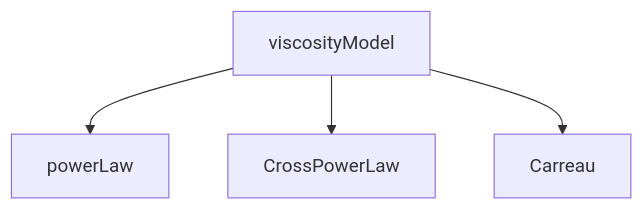
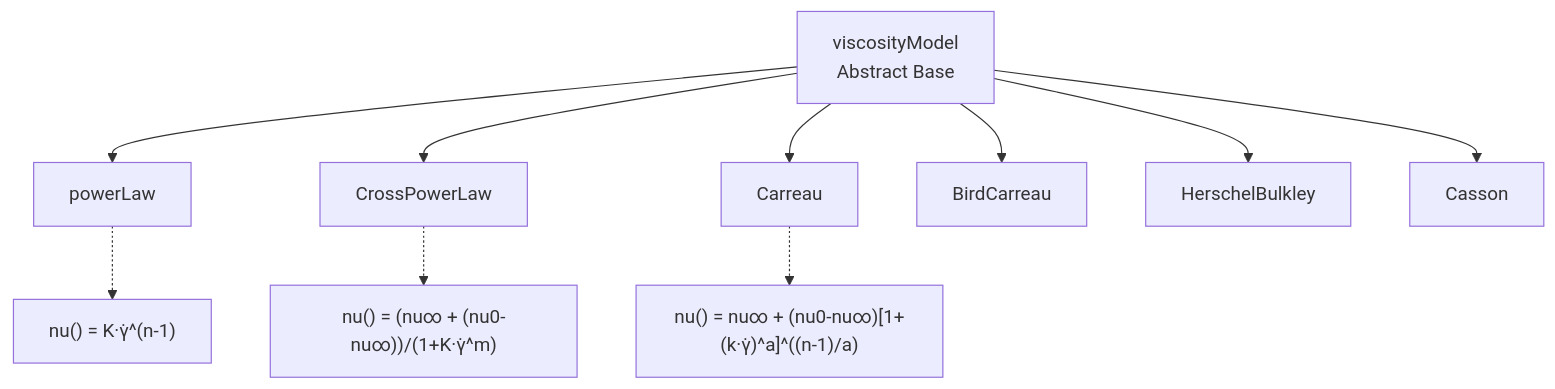
One commit to wramet/build-my-cfd changed the diagram in MODULE_06_ADVANCED_PHYSICS/CONTENT/04_NON_NEWTONIAN_FLUIDS/03_OpenFOAM_Architecture.md. Above: the diagram before and after it, drawn with Mermaid. The commit also changed other lines of this file and 107 other files, not shown here.

````diff
--- a/MODULE_06_ADVANCED_PHYSICS/CONTENT/04_NON_NEWTONIAN_FLUIDS/03_OpenFOAM_Architecture.md
+++ b/MODULE_06_ADVANCED_PHYSICS/CONTENT/04_NON_NEWTONIAN_FLUIDS/03_OpenFOAM_Architecture.md
@@ -15,6 +114,13 @@
 ```mermaid
 flowchart TD
-    A[viscosityModel] --> B[powerLaw]
+    A[viscosityModel<br/>Abstract Base] --> B[powerLaw]
     A --> C[CrossPowerLaw]
     A --> D[Carreau]
+    A --> E[BirdCarreau]
+    A --> F[HerschelBulkley]
+    A --> G[Casson]
+    
+    B -.-> H["nu() = K·γ̇^(n-1)"]
+    C -.-> I["nu() = (nu∞ + (nu0-nu∞))/(1+K·γ̇^m)"]
+    D -.-> J["nu() = nu∞ + (nu0-nu∞)[1+(k·γ̇)^a]^((n-1)/a)"]
 ```
````
